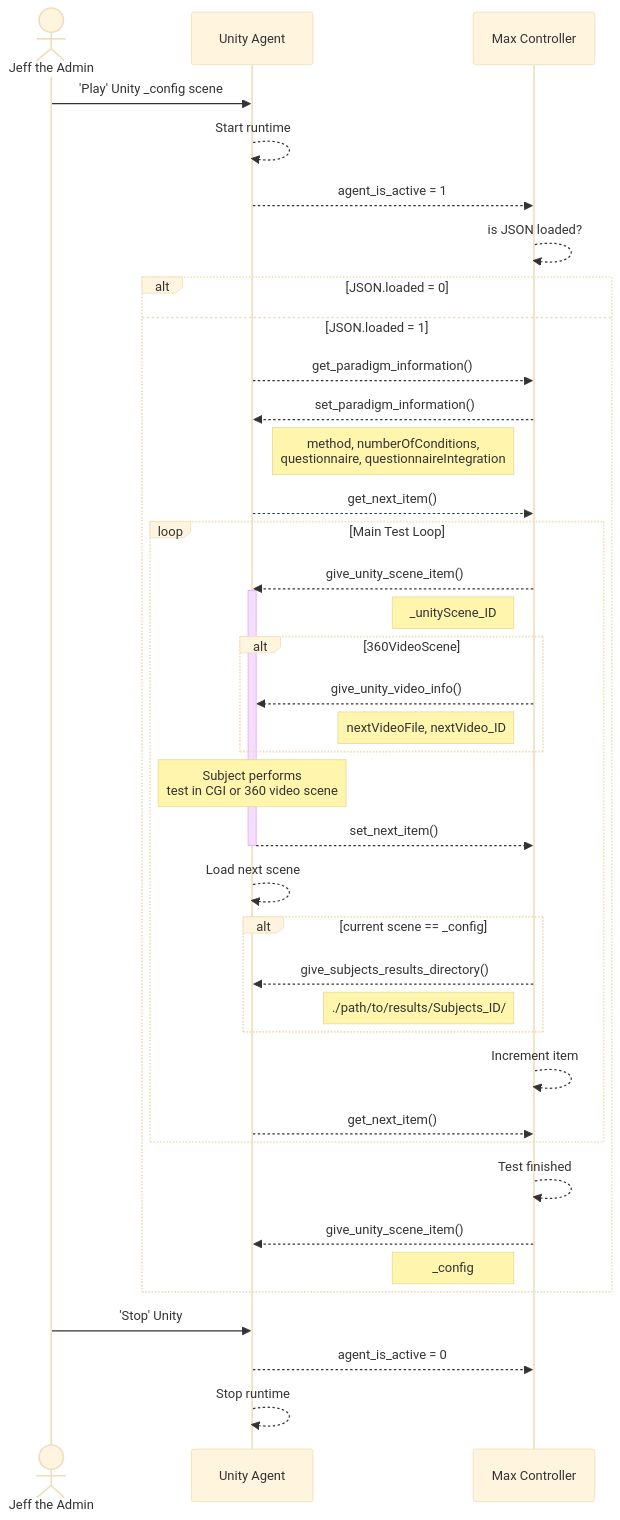
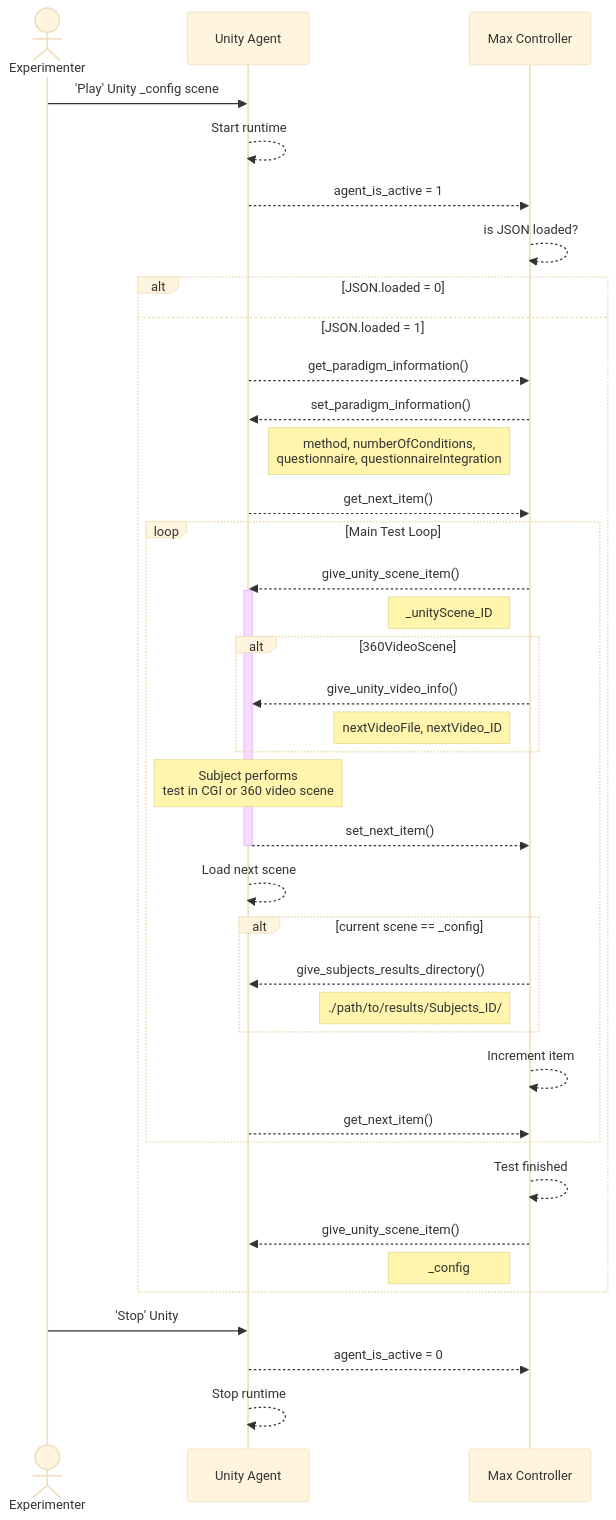
Before and after one commit to qoevave/qexe: the diagram in docs/qexe-architecture/communication.mdx, drawn with Mermaid (base theme). The commit also changed other lines of this file and 46 other files, not shown here.

````diff
--- a/docs/qexe-architecture/communication.mdx
+++ b/docs/qexe-architecture/communication.mdx
@@ -18,40 +12,40 @@
 ```mermaid
 sequenceDiagram
-    actor Jeff the Admin
-    Jeff the Admin->>Unity Agent: 'Play' Unity _config scene
+    actor Experimenter
+    Experimenter->>Unity Agent: 'Play' Unity _config scene
     Unity Agent -->> Unity Agent: Start runtime
     Unity Agent-->>Max Controller: agent_is_active = 1 
     Max Controller -->> Max Controller: is JSON loaded?
     alt JSON.loaded = 0
     else JSON.loaded = 1
         Unity Agent -->> Max Controller: get_paradigm_information()
         Max Controller -->> Unity Agent: set_paradigm_information()
         Note left of Max Controller: method, numberOfConditions, <br/> questionnaire, questionnaireIntegration
         Unity Agent -->> Max Controller: get_next_item()
         loop Main Test Loop
             Max Controller -->> Unity Agent: give_unity_scene_item()
             activate Unity Agent
             Note left of Max Controller: _unityScene_ID
             alt 360VideoScene
                 Max Controller -->> Unity Agent: give_unity_video_info()
                 Note left of Max Controller: nextVideoFile, nextVideo_ID
             end
             Note over Unity Agent: Subject performs <br> test in CGI or 360 video scene
             Unity Agent -->> Max Controller: set_next_item()
             deactivate Unity Agent
             Unity Agent -->> Unity Agent: Load next scene
             alt current scene == _config
                 Max Controller -->> Unity Agent: give_subjects_results_directory()
                 Note left of Max Controller: ./path/to/results/Subjects_ID/
             end
             Max Controller -->> Max Controller: Increment item
             Unity Agent -->> Max Controller: get_next_item()
         end
         Max Controller -->> Max Controller: Test finished 
         Max Controller -->> Unity Agent: give_unity_scene_item()
         Note left of Max Controller: _config
     end
-    Jeff the Admin ->> Unity Agent: 'Stop' Unity 
+    Experimenter ->> Unity Agent: 'Stop' Unity 
     Unity Agent-->>Max Controller: agent_is_active = 0
     Unity Agent -->> Unity Agent: Stop runtime
 ```
````
